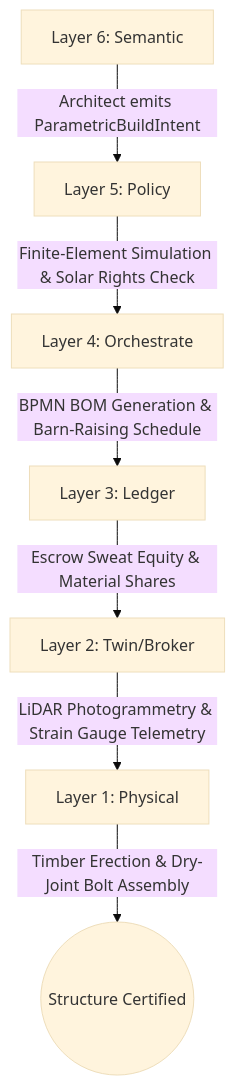
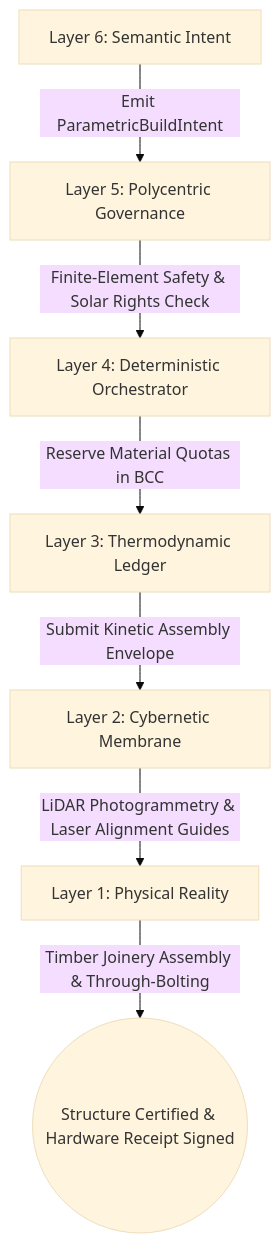
Before and after one commit to raffaine/collective: the first of 4 diagrams in docs/scenarios/xi_architecture.md, drawn with Mermaid (base theme). The commit also changed other lines of this file and 23 other files, not shown here.

````diff
--- a/docs/scenarios/xi_architecture.md
+++ b/docs/scenarios/xi_architecture.md
@@ -39,9 +41,9 @@
 ```mermaid
 graph TD
-    L6[Layer 6: Semantic] -->|Architect emits ParametricBuildIntent| L5[Layer 5: Policy]
-    L5 -->|Finite-Element Simulation & Solar Rights Check| L4[Layer 4: Orchestrate]
-    L4 -->|BPMN BOM Generation & Barn-Raising Schedule| L3[Layer 3: Ledger]
-    L3 -->|Escrow Sweat Equity & Material Shares| L2[Layer 2: Twin/Broker]
-    L2 -->|LiDAR Photogrammetry & Strain Gauge Telemetry| L1[Layer 1: Physical]
-    L1 -->|Timber Erection & Dry-Joint Bolt Assembly| End((Structure Certified))
+    L6[Layer 6: Semantic Intent] -->|Emit ParametricBuildIntent| L5[Layer 5: Polycentric Governance]
+    L5 -->|Finite-Element Safety & Solar Rights Check| L4[Layer 4: Deterministic Orchestrator]
+    L4 -->|Reserve Material Quotas in BCC| L3[Layer 3: Thermodynamic Ledger]
+    L3 -->|Submit Kinetic Assembly Envelope| L2[Layer 2: Cybernetic Membrane]
+    L2 -->|LiDAR Photogrammetry & Laser Alignment Guides| L1[Layer 1: Physical Reality]
+    L1 -->|Timber Joinery Assembly & Through-Bolting| End((Structure Certified & Hardware Receipt Signed))
 ```
````
